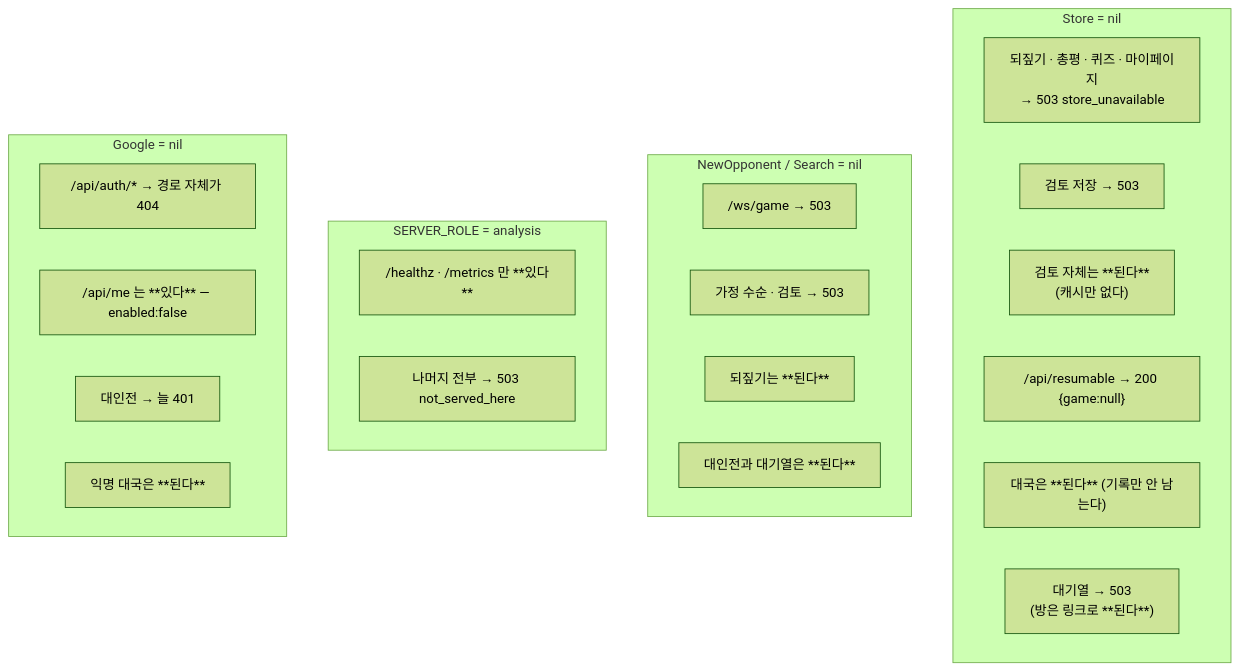
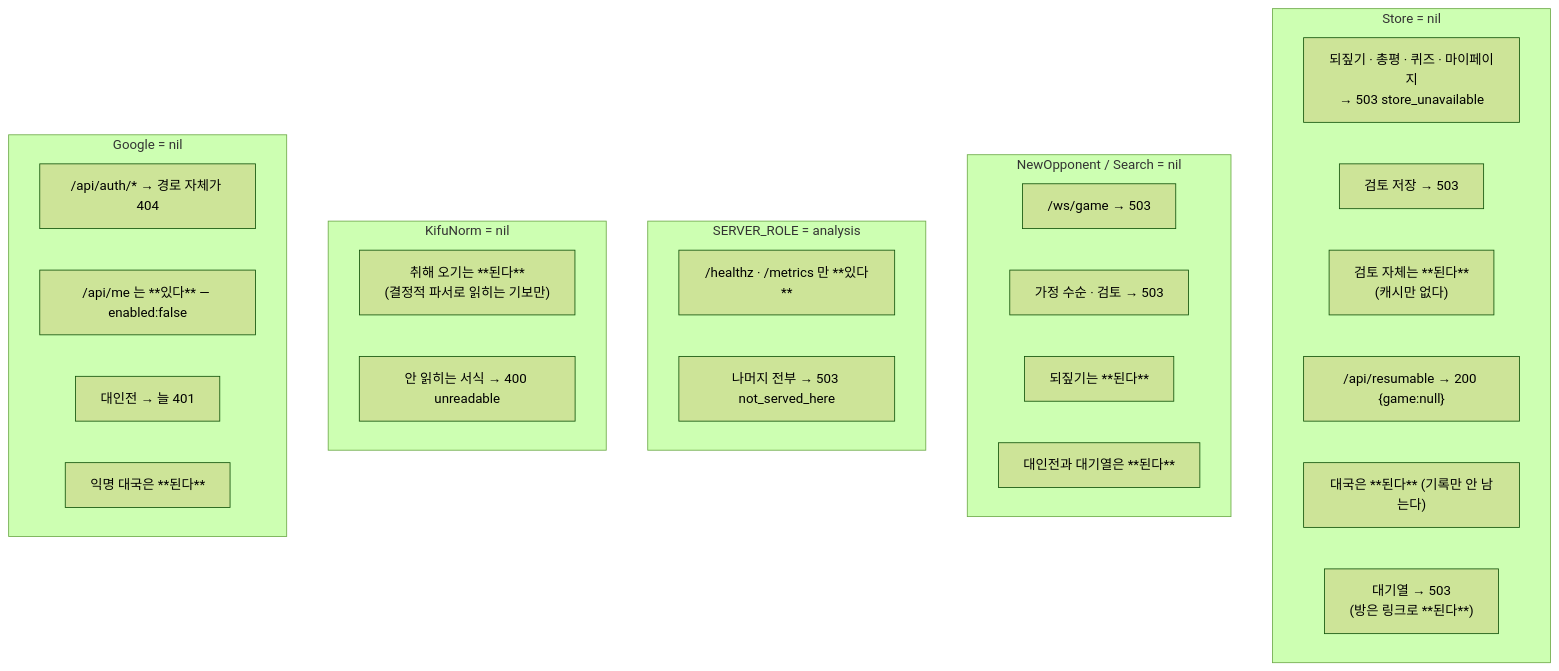
The eighth of 8 diagrams in docs/spec/architecture.md (jovid18/show-gi), drawn with Mermaid (forest theme) before and after one commit. The commit also changed other lines of this file and 62 other files, not shown here.

````diff
--- a/docs/spec/architecture.md
+++ b/docs/spec/architecture.md
@@ -344,31 +348,36 @@
 ```mermaid
 flowchart TB
     subgraph nostore["Store = nil"]
         direction LR
         N1["되짚기 · 총평 · 퀴즈 · 마이페이지<br/>→ 503 store_unavailable"]
         N2["검토 저장 → 503"]
         N5["검토 자체는 **된다**<br/>(캐시만 없다)"]
         N3["/api/resumable → 200 {game:null}"]
         N4["대국은 **된다** (기록만 안 남는다)"]
         N6["대기열 → 503<br/>(방은 링크로 **된다**)"]
     end
     subgraph noengine["NewOpponent / Search = nil"]
         direction LR
         M1["/ws/game → 503"]
         M2["가정 수순 · 검토 → 503"]
         M3["되짚기는 **된다**"]
         M4["대인전과 대기열은 **된다**"]
     end
     subgraph analysis["SERVER_ROLE = analysis"]
         direction LR
         R1["/healthz · /metrics 만 **있다**"]
         R2["나머지 전부 → 503 not_served_here"]
     end
+    subgraph nonorm["KifuNorm = nil"]
+        direction LR
+        K1["취해 오기는 **된다**<br/>(결정적 파서로 읽히는 기보만)"]
+        K2["안 읽히는 서식 → 400 unreadable"]
+    end
     subgraph noauth["Google = nil"]
         direction LR
         A1["/api/auth/* → 경로 자체가 404"]
         A2["/api/me 는 **있다** — enabled:false"]
         A3["대인전 → 늘 401"]
         A4["익명 대국은 **된다**"]
     end
 ```
````
